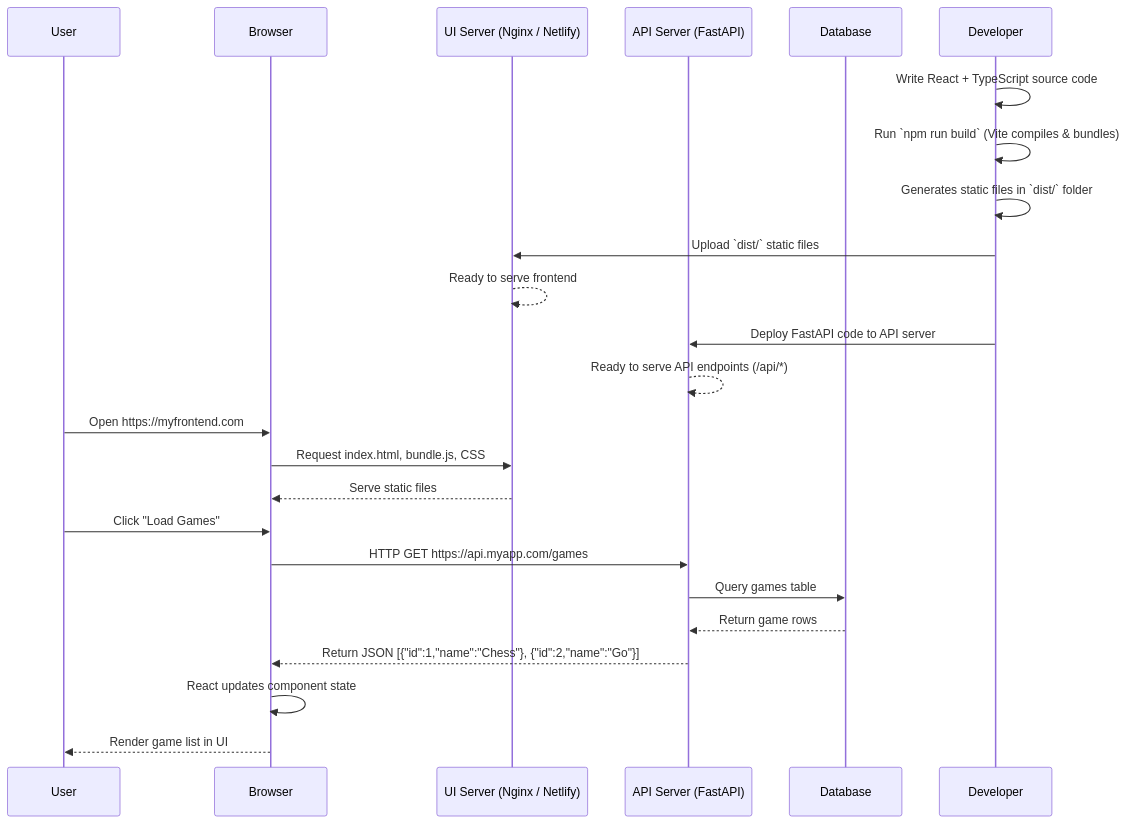
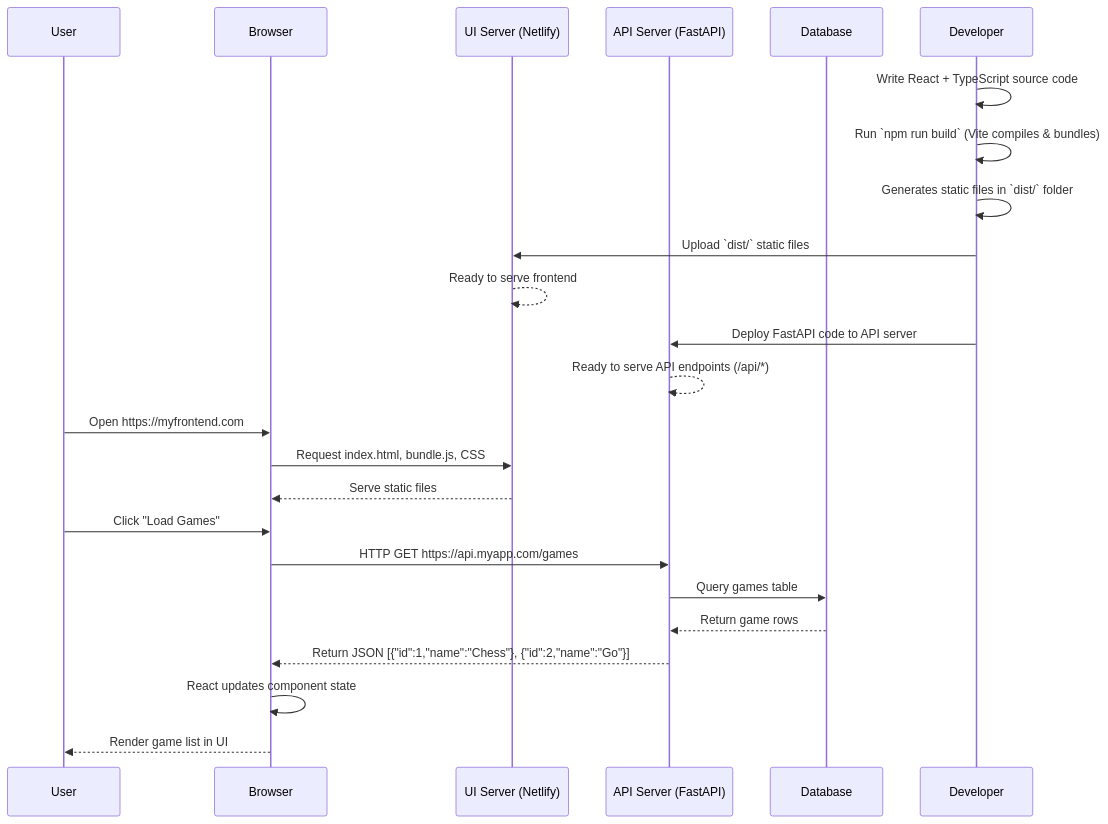
One commit to MathieuDreano/chiron changed the diagram in README.md. Above: the diagram before and after it, drawn with Mermaid. The commit also changed other lines of this file, not shown here.

````diff
--- a/README.md
+++ b/README.md
@@ -4,37 +4,37 @@
 ```mermaid
 sequenceDiagram
     participant User
     participant Browser
-    participant UI as UI Server (Nginx / Netlify)
+    participant UI as UI Server (Netlify)
     participant API as API Server (FastAPI)
     participant DB as Database
     participant Dev as Developer
 
     %% Step 1: Developer builds frontend
     Dev->>Dev: Write React + TypeScript source code
     Dev->>Dev: Run `npm run build` (Vite compiles & bundles)
     Dev->>Dev: Generates static files in `dist/` folder
 
     %% Step 2: Deploy frontend
     Dev->>UI: Upload `dist/` static files
     UI-->>UI: Ready to serve frontend
 
     %% Step 3: Deploy backend
     Dev->>API: Deploy FastAPI code to API server
     API-->>API: Ready to serve API endpoints (/api/*)
 
     %% Step 4: User loads frontend
     User->>Browser: Open https://myfrontend.com
     Browser->>UI: Request index.html, bundle.js, CSS
     UI-->>Browser: Serve static files
 
     %% Step 5: User interacts with app
     User->>Browser: Click "Load Games"
     Browser->>API: HTTP GET https://api.myapp.com/games
     API->>DB: Query games table
     DB-->>API: Return game rows
     API-->>Browser: Return JSON [{"id":1,"name":"Chess"}, {"id":2,"name":"Go"}]
     Browser->>Browser: React updates component state
     Browser-->>User: Render game list in UI
 
 ```
````
